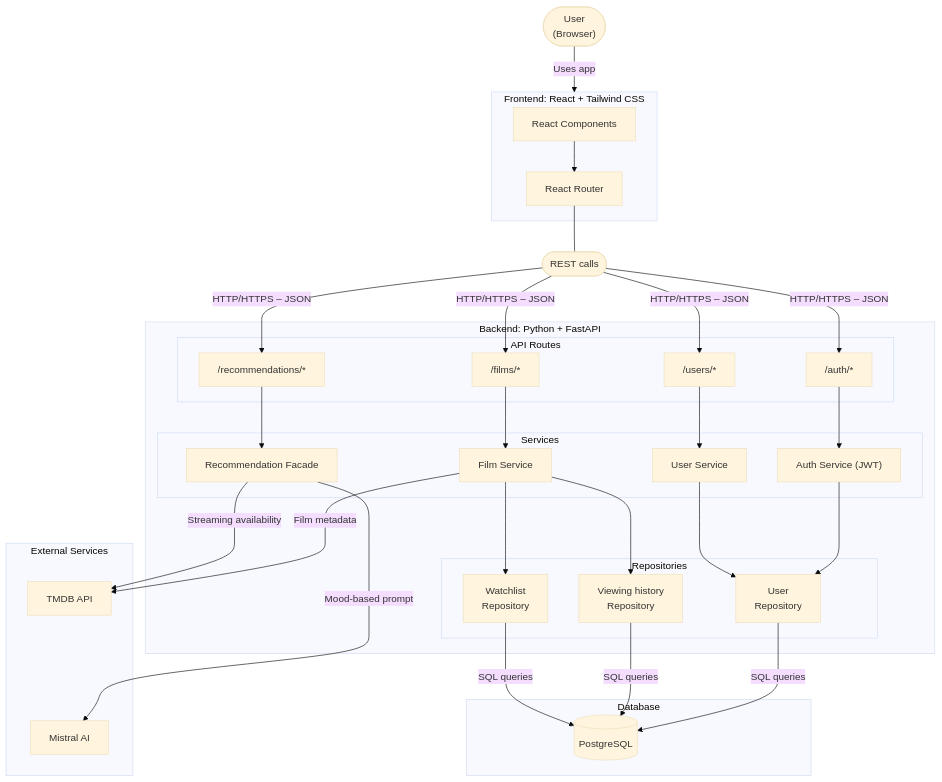
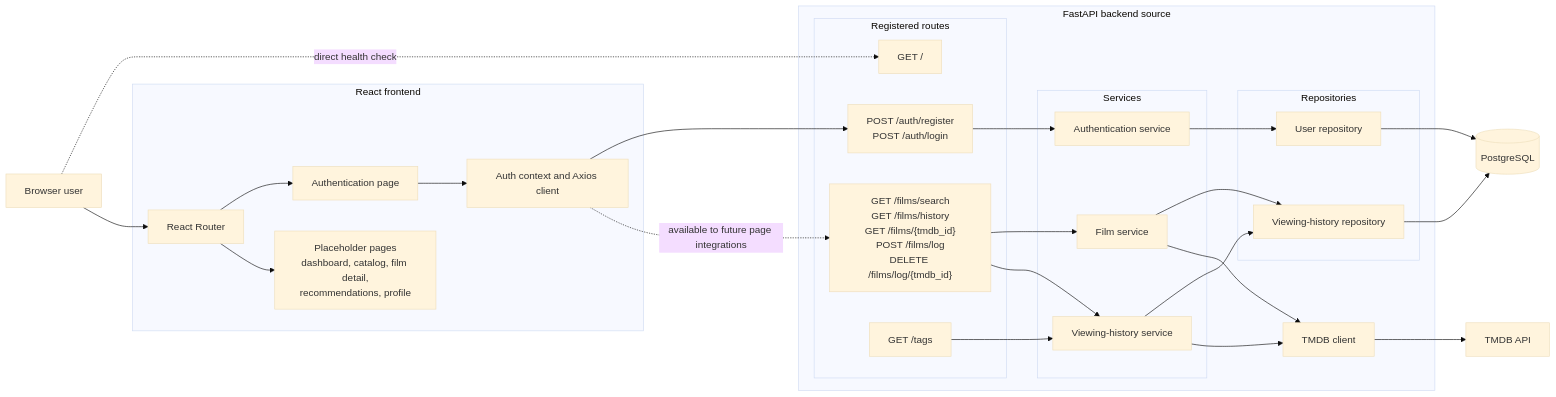
The first of 2 diagrams in docs/diagrams/Architecture.md (zahin-dev/Film-like), drawn with Mermaid (base theme) before and after one commit. The commit also changed other lines of this file and 10 other files, not shown here.

````diff
--- a/docs/diagrams/Architecture.md
+++ b/docs/diagrams/Architecture.md
@@ -62,60 +11,56 @@
 ```mermaid
-flowchart TD
-    User(["User\n(Browser)"])
+flowchart LR
+    User["Browser user"]
 
-    subgraph Frontend["Frontend: React + Tailwind CSS"]
-        React["React Components"]
+    subgraph Frontend["React frontend"]
+        AuthPage["Authentication page"]
         Router["React Router"]
+        Placeholders["Placeholder pages<br/>dashboard, catalog, film detail,<br/>recommendations, profile"]
+        AuthContext["Auth context and Axios client"]
     end
 
-    Calls(["REST calls"])
+    subgraph Backend["FastAPI backend source"]
+        subgraph Routes["Registered routes"]
+            RootRoute["GET /"]
+            AuthRoutes["POST /auth/register<br/>POST /auth/login"]
+            FilmRoutes["GET /films/search<br/>GET /films/history<br/>GET /films/{tmdb_id}<br/>POST /films/log<br/>DELETE /films/log/{tmdb_id}"]
+            TagRoutes["GET /tags"]
+        end
 
-    subgraph Backend["Backend: Python + FastAPI"]
-        subgraph Routes["API Routes"]
-            AuthR["/auth/*"]
-            FilmR["/films/*"]
-            UserR["/users/*"]
-            RecoR["/recommendations/*"]
+        subgraph Services["Services"]
+            AuthService["Authentication service"]
+            FilmService["Film service"]
+            HistoryService["Viewing-history service"]
         end
-        subgraph Services["Services"]
-            AuthS["Auth Service (JWT)"]
-            FilmS["Film Service"]
-            UserS["User Service"]
-            RecoF["Recommendation Facade"]
+
+        subgraph Repositories["Repositories"]
+            UserRepository["User repository"]
+            HistoryRepository["Viewing-history repository"]
         end
-        subgraph Repos["Repositories"]
-            UserRepo["User\nRepository"]
-            ViewingHistoryRepo["Viewing history\nRepository"]
-            WatchlistRepo["Watchlist\nRepository"]
-        end
+
+        TMDBClient["TMDB client"]
     end
 
-    subgraph Database["Database"]
-        DB[("PostgreSQL")]
-    end
+    PostgreSQL[("PostgreSQL")]
+    TMDB["TMDB API"]
 
-    subgraph External["External Services"]
-        TMDB["TMDB API"]
-        Mistral["Mistral AI"]
-    end
-
-    User -->|"Uses app"| Frontend
-    React --> Router
-    Router --- Calls
-    Calls -->|"HTTP/HTTPS – JSON"| AuthR & FilmR & UserR & RecoR
-
-    AuthR --> AuthS
-    FilmR --> FilmS
-    UserR --> UserS
-    RecoR --> RecoF
-
-    AuthS & UserS --> UserRepo
-    FilmS --> ViewingHistoryRepo & WatchlistRepo
-    FilmS -->|"Film metadata"| TMDB
-    RecoF -->|"Streaming availability"| TMDB
-    RecoF -->|"Mood-based prompt"| Mistral
-
-    UserRepo & ViewingHistoryRepo & WatchlistRepo -->|"SQL queries"| DB
-
-    TMDB ~~~ Mistral
+    User -. "direct health check" .-> RootRoute
+    User --> Router
+    Router --> AuthPage
+    Router --> Placeholders
+    AuthPage --> AuthContext
+    AuthContext --> AuthRoutes
+    AuthContext -. "available to future page integrations" .-> FilmRoutes
+    AuthRoutes --> AuthService
+    FilmRoutes --> FilmService
+    FilmRoutes --> HistoryService
+    TagRoutes --> HistoryService
+    AuthService --> UserRepository
+    HistoryService --> HistoryRepository
+    FilmService --> HistoryRepository
+    FilmService --> TMDBClient
+    HistoryService --> TMDBClient
+    UserRepository --> PostgreSQL
+    HistoryRepository --> PostgreSQL
+    TMDBClient --> TMDB
 ```
````
